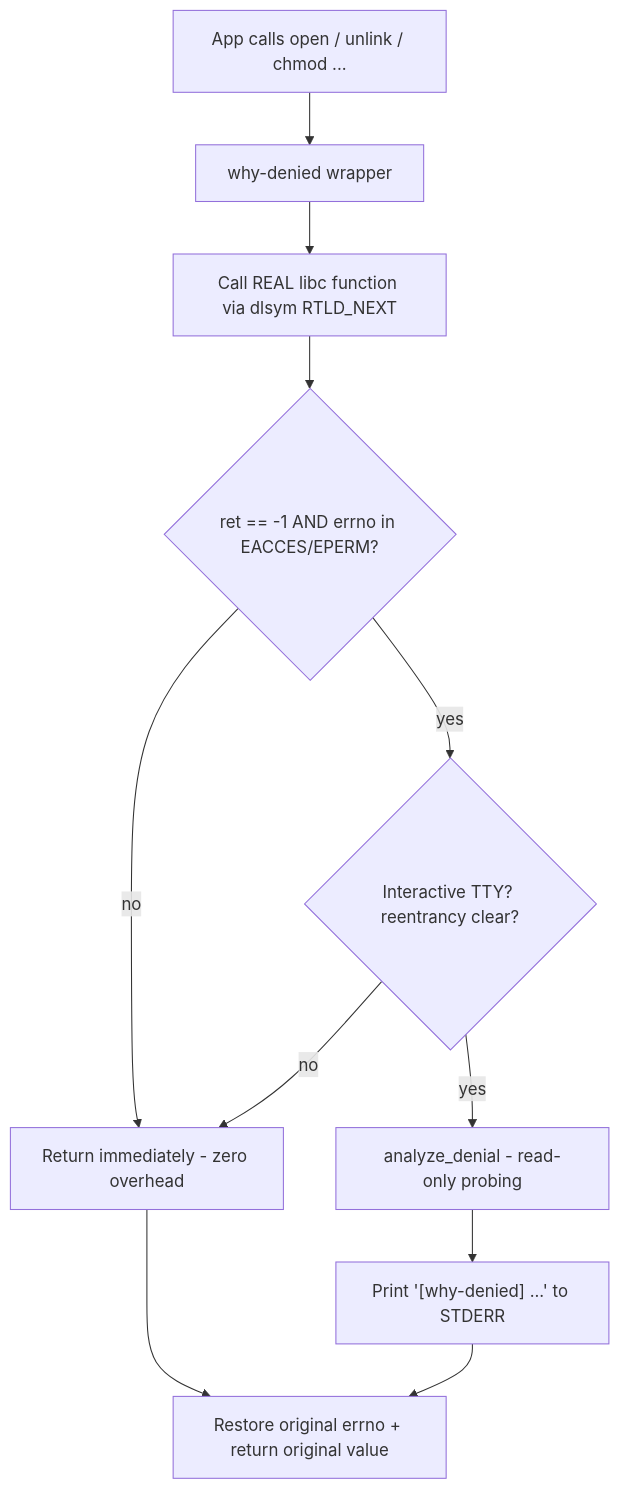
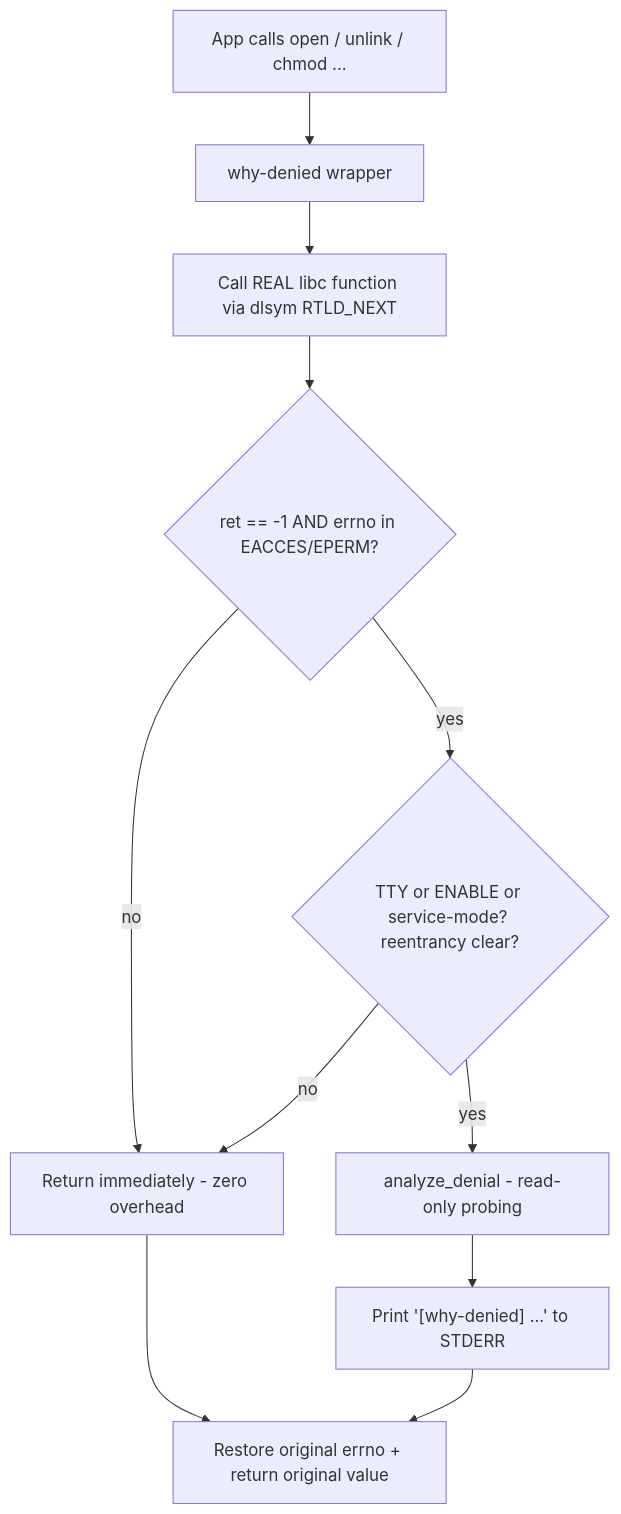
One commit to doper1/why-denied changed the first of 2 diagrams in README.md. Above: the diagram before and after it, drawn with Mermaid. The commit also changed other lines of this file and 20 other files, not shown here.

````diff
--- a/README.md
+++ b/README.md
@@ -82,13 +83,13 @@
 ```mermaid
 flowchart TD
     A[App calls open / unlink / chmod ...] --> B[why-denied wrapper]
     B --> C[Call REAL libc function via dlsym RTLD_NEXT]
     C --> D{ret == -1 AND errno in EACCES/EPERM?}
     D -- no --> E[Return immediately - zero overhead]
-    D -- yes --> F{Interactive TTY? reentrancy clear?}
+    D -- yes --> F{TTY or ENABLE or service-mode? reentrancy clear?}
     F -- no --> E
     F -- yes --> G[analyze_denial - read-only probing]
     G --> H["Print '[why-denied] ...' to STDERR"]
     H --> I[Restore original errno + return original value]
     E --> I
 ```
````
